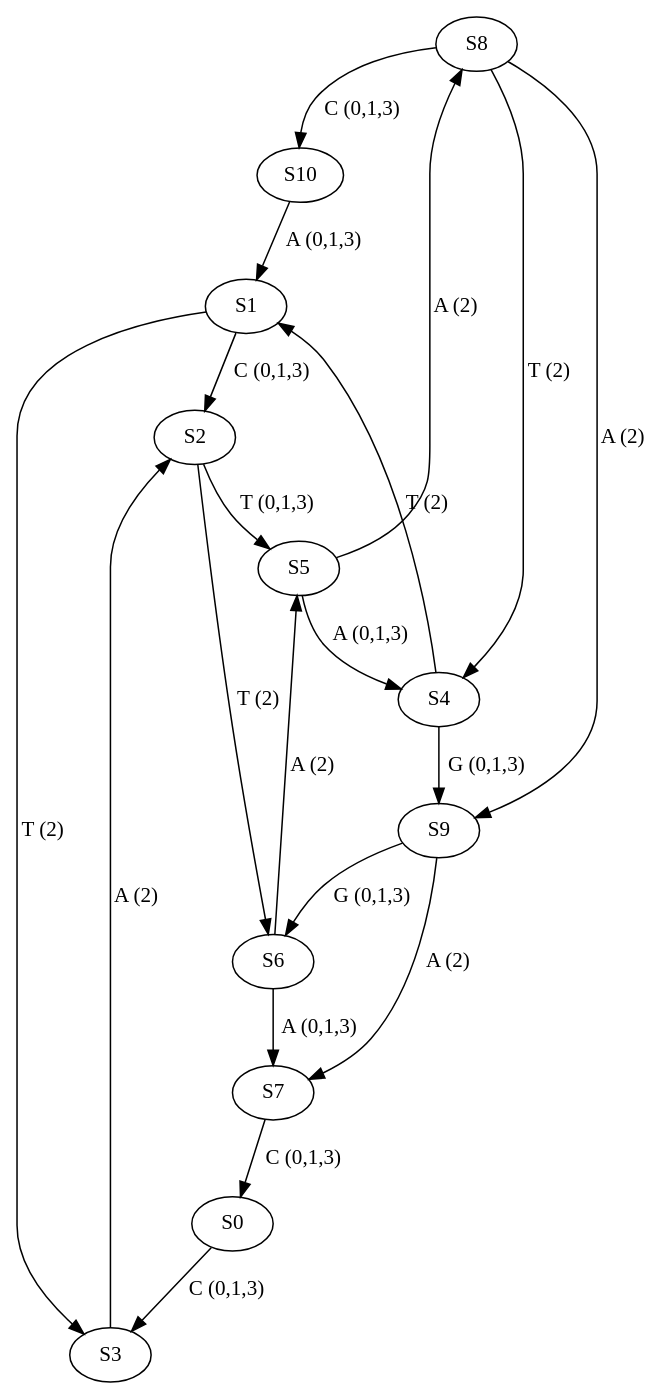
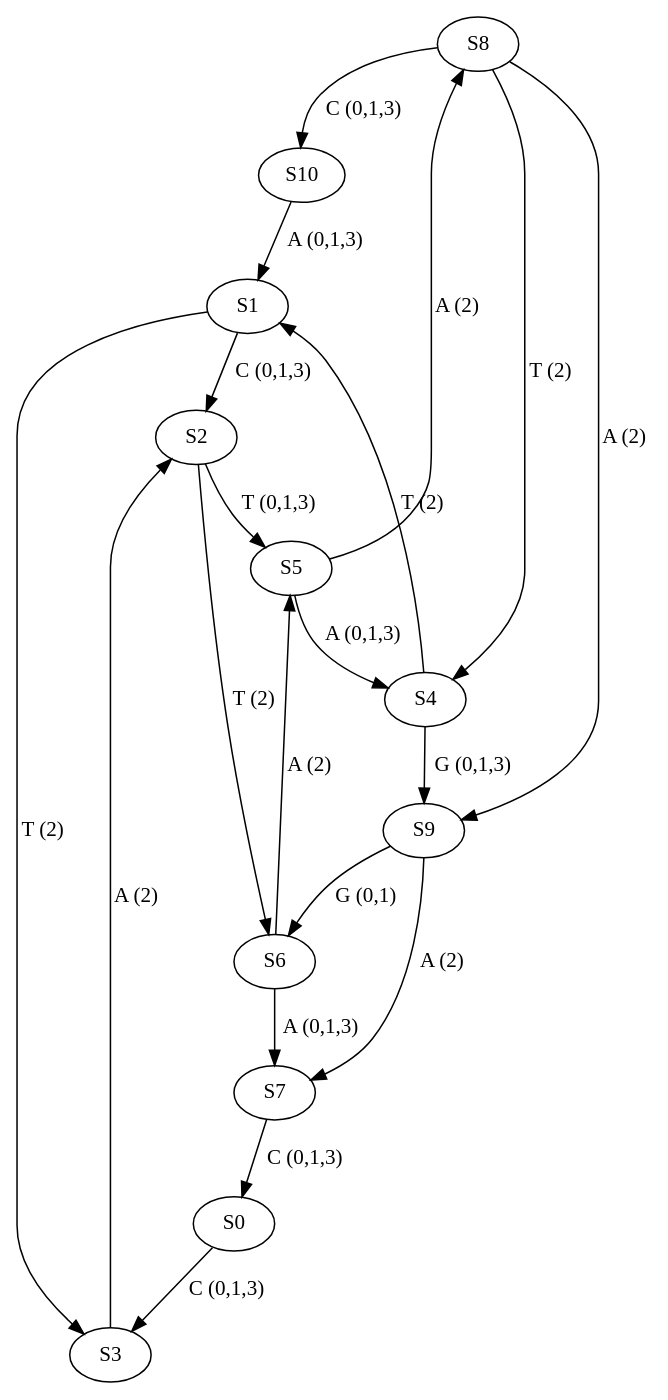
The diagram in Query/graphs/test.dot (sameraslan/Wheeler-Graph-Contamination), drawn with Graphviz before and after one commit. The commit also changed 1 other file, not shown here.

```diff
--- a/Query/graphs/test.dot
+++ b/Query/graphs/test.dot
@@ -1,21 +1,21 @@
 strict digraph  {
 	S8 -> S10 [ label = "C (0,1,3)" ];
 	S8 -> S4 [ label = "T (2)" ];
 	S10 -> S1 [ label = "A (0,1,3)" ];
 	S4 -> S1 [ label = "T (2)" ];
 	S1 -> S2 [ label = "C (0,1,3)" ];
 	S1 -> S3 [ label = "T (2)" ];
 	S2 -> S5 [ label = "T (0,1,3)" ];
 	S3 -> S2 [ label = "A (2)" ];
 	S5 -> S4 [ label = "A (0,1,3)" ];
 	S2 -> S6 [ label = "T (2)" ];
 	S4 -> S9 [ label = "G (0,1,3)" ];
 	S6 -> S5 [ label = "A (2)" ];
-	S9 -> S6 [ label = "G (0,1,3)" ];
+	S9 -> S6 [ label = "G (0,1)" ];
 	S5 -> S8 [ label = "A (2)" ];
 	S6 -> S7 [ label = "A (0,1,3)" ];
 	S8 -> S9 [ label = "A (2)" ];
 	S7 -> S0 [ label = "C (0,1,3)" ];
 	S9 -> S7 [ label = "A (2)" ];
 	S0 -> S3 [ label = "C (0,1,3)" ];
 }
```
